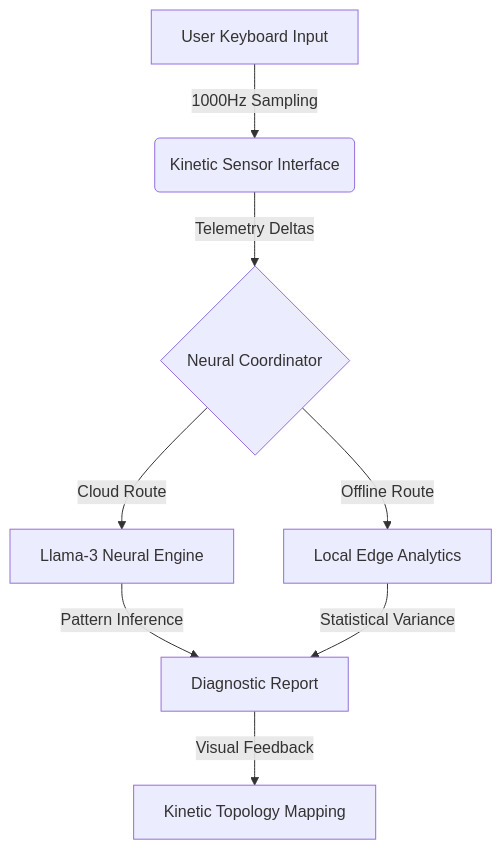
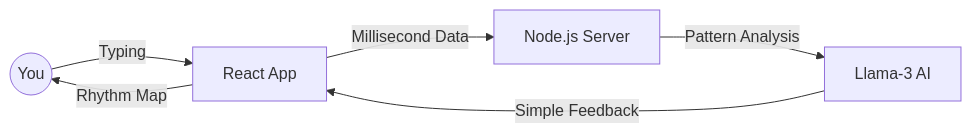
One commit to Asma-345/CognitoTracker changed the diagram in README.md. Above: the diagram before and after it, drawn with Mermaid. The commit also changed other lines of this file and 2 other files, not shown here.

First line of the commit message:
feat: Rebrand app to AI Typing Coach and simplify UI

````diff
--- a/README.md
+++ b/README.md
@@ -16,10 +24,8 @@
 ```mermaid
-graph TD
-    A[User Keyboard Input] -->|1000Hz Sampling| B(Kinetic Sensor Interface)
-    B -->|Telemetry Deltas| C{Neural Coordinator}
-    C -->|Cloud Route| D[Llama-3 Neural Engine]
-    C -->|Offline Route| E[Local Edge Analytics]
-    D -->|Pattern Inference| F[Diagnostic Report]
-    E -->|Statistical Variance| F
-    F -->|Visual Feedback| G[Kinetic Topology Mapping]
+graph LR
+    User((You)) -->|Typing| UI[React App]
+    UI -->|Millisecond Data| Server[Node.js Server]
+    Server -->|Pattern Analysis| AI[Llama-3 AI]
+    AI -->|Simple Feedback| UI
+    UI -->|Rhythm Map| User
 ```
````
